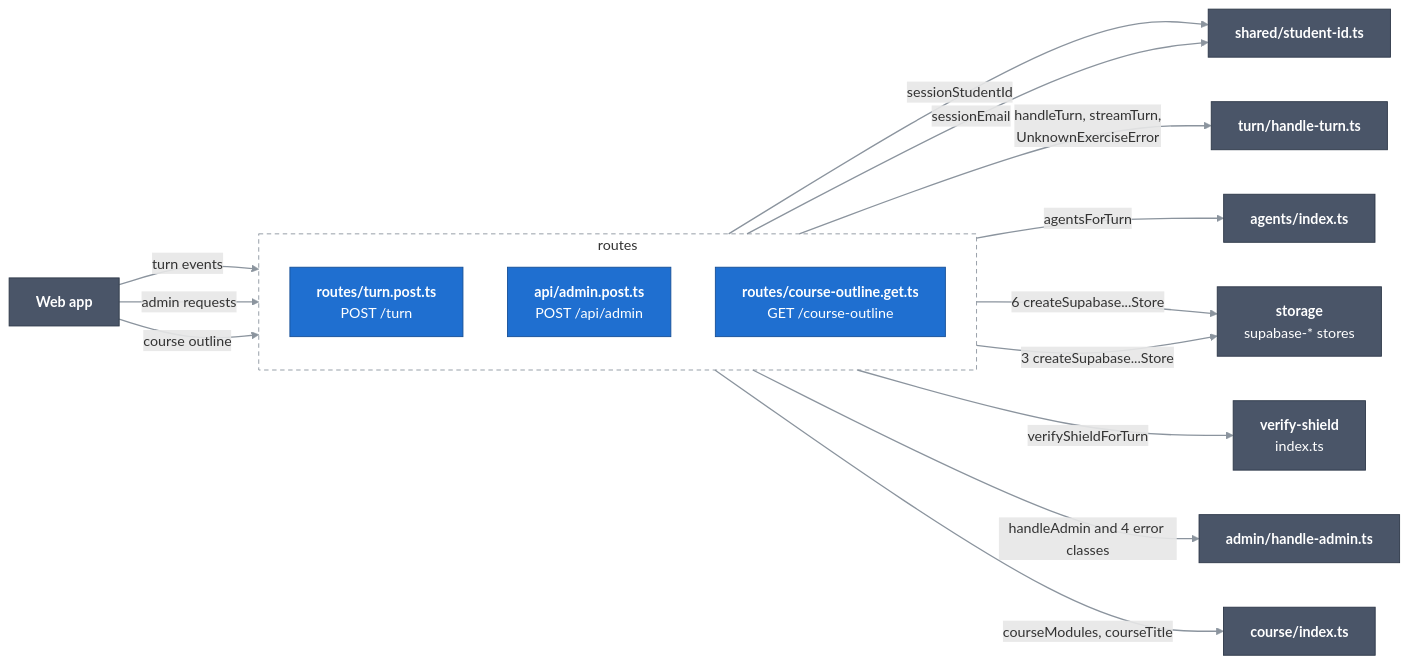
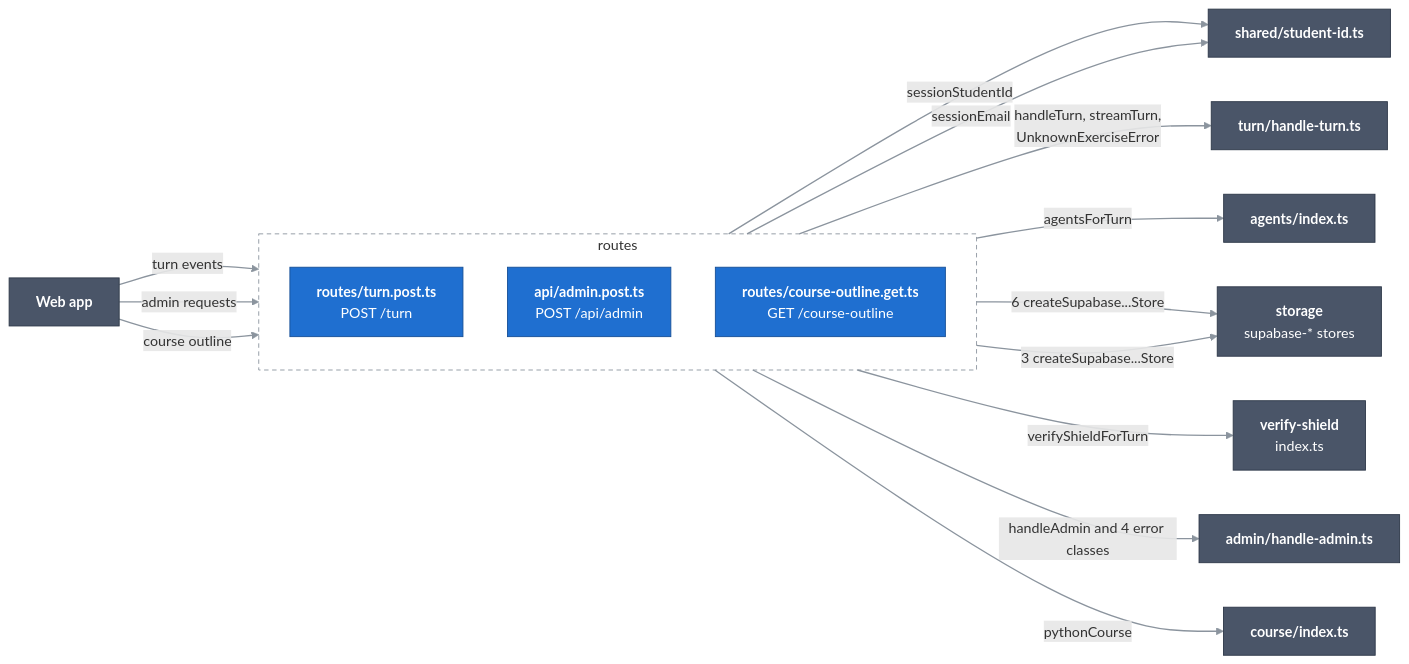
One commit to Bill2926/COS40005_HN9_Verifiable_Co-Learner_Agent changed the diagram in docs/c4/03-components/server/01-routes.md. Above: the diagram before and after it, drawn with Mermaid. The commit also changed other lines of this file and 30 other files, not shown here.

````diff
--- a/docs/c4/03-components/server/01-routes.md
+++ b/docs/c4/03-components/server/01-routes.md
@@ -10,39 +10,39 @@
 ```mermaid
 flowchart LR
   classDef comp fill:#1f6fd0,stroke:#164f96,color:#ffffff
   classDef near fill:#4a5568,stroke:#2d3748,color:#ffffff
   linkStyle default stroke:#8b949e,stroke-width:1.5px
 
   spa["<b>Web app</b>"]:::near
 
   subgraph routes["routes"]
     direction TB
     turnRoute["<b>routes/turn.post.ts</b><br/>POST /turn"]:::comp
     adminRoute["<b>api/admin.post.ts</b><br/>POST /api/admin"]:::comp
     outlineRoute["<b>routes/course-outline.get.ts</b><br/>GET /course-outline"]:::comp
   end
 
   handleTurn["<b>turn/handle-turn.ts</b>"]:::near
   handleAdmin["<b>admin/handle-admin.ts</b>"]:::near
   agents["<b>agents/index.ts</b>"]:::near
   stores["<b>storage</b><br/>supabase-* stores"]:::near
   shield["<b>verify-shield</b><br/>index.ts"]:::near
   studentId["<b>shared/student-id.ts</b>"]:::near
   course["<b>course/index.ts</b>"]:::near
 
   spa ==>|"turn events"| turnRoute
   spa ==>|"admin requests"| adminRoute
   spa ==>|"course outline"| outlineRoute
 
   turnRoute -->|"sessionStudentId"| studentId
   turnRoute -->|"handleTurn, streamTurn,<br/>UnknownExerciseError"| handleTurn
   turnRoute -->|"agentsForTurn"| agents
   turnRoute -->|"6 createSupabase...Store"| stores
   turnRoute -->|"verifyShieldForTurn"| shield
   adminRoute -->|"sessionEmail"| studentId
   adminRoute -->|"handleAdmin and 4 error classes"| handleAdmin
   adminRoute -->|"3 createSupabase...Store"| stores
-  outlineRoute -->|"courseModules, courseTitle"| course
+  outlineRoute -->|"pythonCourse"| course
 
   style routes fill:none,stroke:#8b949e,stroke-dasharray:5 4
 ```
````
